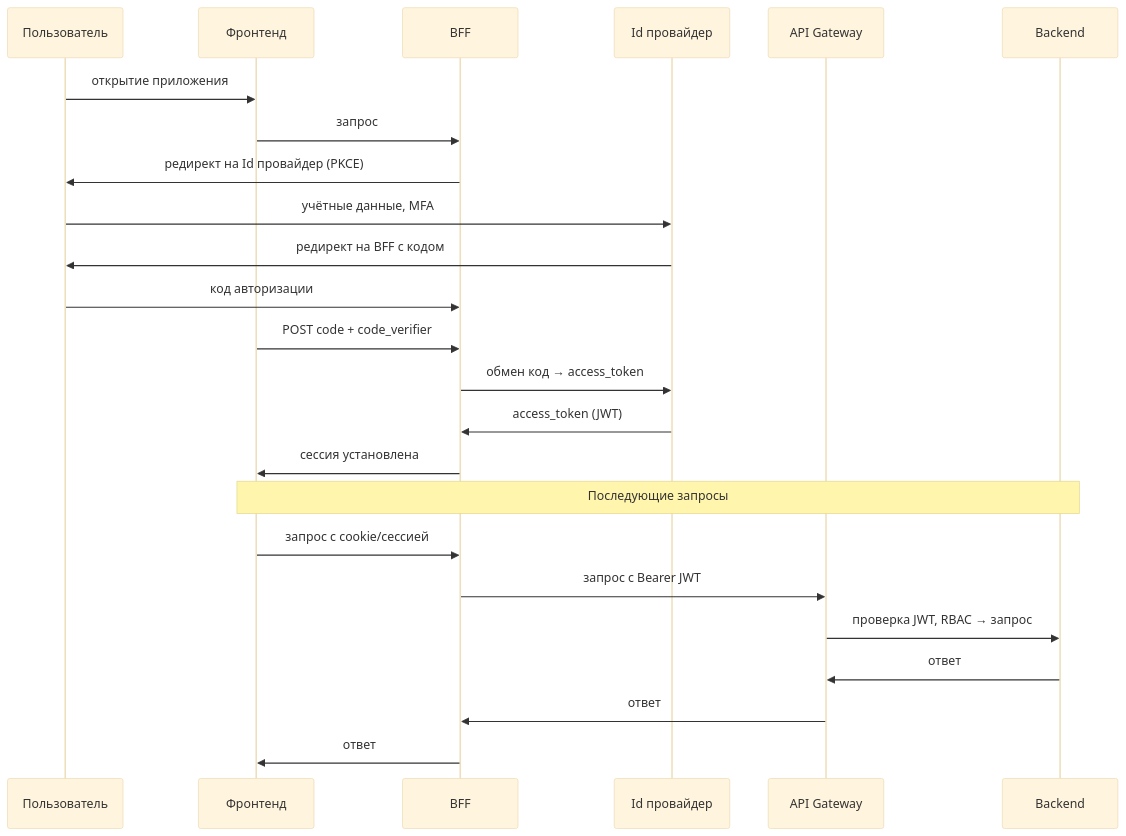
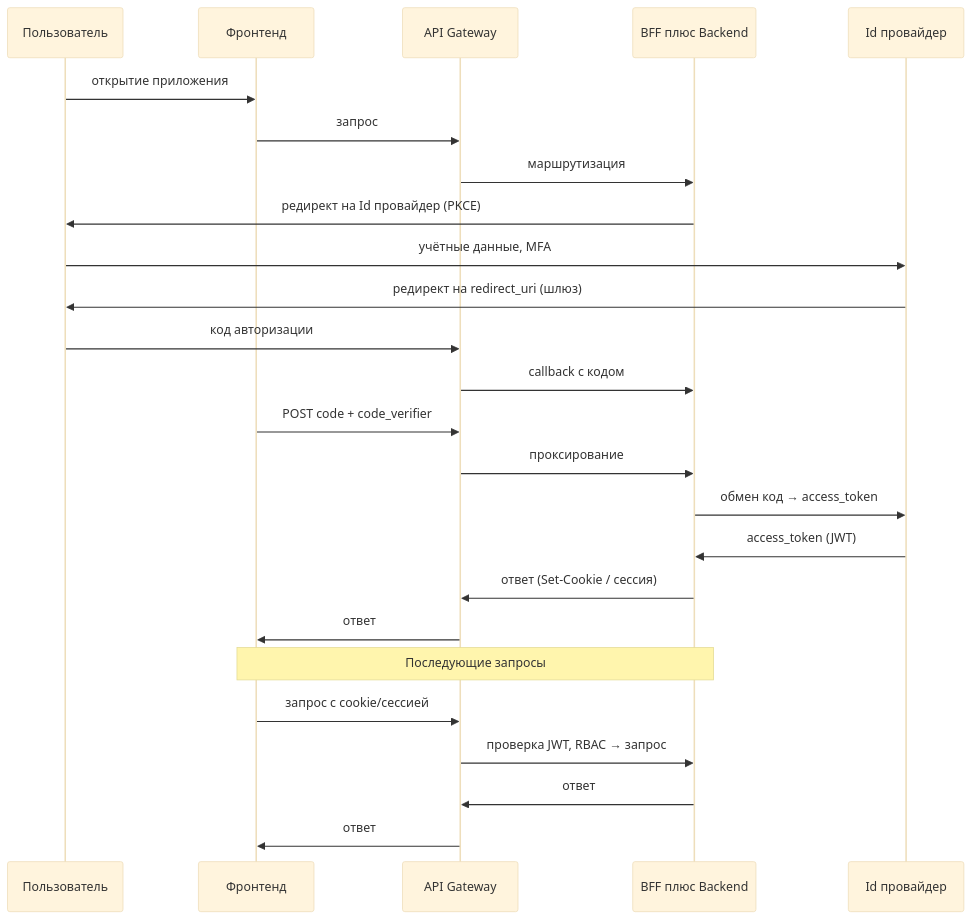
Before and after one commit to Trump68/infra: the fifth of 19 diagrams in Farmadoc_documentation/1.Пояснительная записка к техническому проекту.md, drawn with Mermaid (base theme). The commit also changed other lines of this file, not shown here.

First line of the commit message:
docs: update Фармадок documentation to clarify architecture and service integration

````diff
--- a/Farmadoc_documentation/1.Пояснительная записка к техническому проекту.md
+++ b/Farmadoc_documentation/1.Пояснительная записка к техническому проекту.md
@@ -737,28 +736,29 @@
 ```mermaid
 sequenceDiagram
   participant User as Пользователь
   participant Frontend as Фронтенд
-  participant BFF as BFF
+  participant Gateway as API Gateway
+  participant App as BFF плюс Backend
   participant IdP as Id провайдер
-  participant Gateway as API Gateway
-  participant Backend as Backend
 
   User->>Frontend: открытие приложения
-  Frontend->>BFF: запрос
-  BFF->>User: редирект на Id провайдер (PKCE)
+  Frontend->>Gateway: запрос
+  Gateway->>App: маршрутизация
+  App->>User: редирект на Id провайдер (PKCE)
   User->>IdP: учётные данные, MFA
-  IdP->>User: редирект на BFF с кодом
-  User->>BFF: код авторизации
-  Frontend->>BFF: POST code + code_verifier
-  BFF->>IdP: обмен код → access_token
-  IdP->>BFF: access_token (JWT)
-  BFF->>Frontend: сессия установлена
+  IdP->>User: редирект на redirect_uri (шлюз)
+  User->>Gateway: код авторизации
+  Gateway->>App: callback с кодом
+  Frontend->>Gateway: POST code + code_verifier
+  Gateway->>App: проксирование
+  App->>IdP: обмен код → access_token
+  IdP->>App: access_token (JWT)
+  App->>Gateway: ответ (Set-Cookie / сессия)
+  Gateway->>Frontend: ответ
 
-  Note over Frontend,Backend: Последующие запросы
-  Frontend->>BFF: запрос с cookie/сессией
-  BFF->>Gateway: запрос с Bearer JWT
-  Gateway->>Backend: проверка JWT, RBAC → запрос
-  Backend->>Gateway: ответ
-  Gateway->>BFF: ответ
-  BFF->>Frontend: ответ
+  Note over Frontend,App: Последующие запросы
+  Frontend->>Gateway: запрос с cookie/сессией
+  Gateway->>App: проверка JWT, RBAC → запрос
+  App->>Gateway: ответ
+  Gateway->>Frontend: ответ
 ```
````
